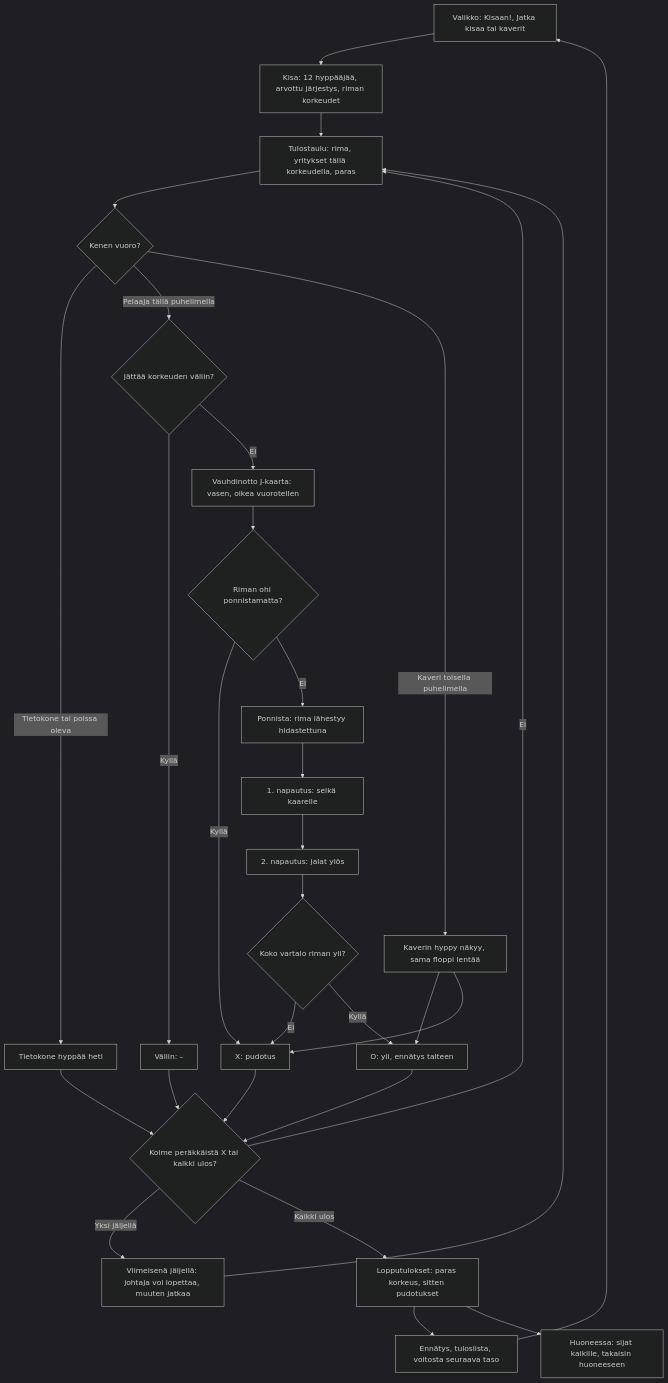
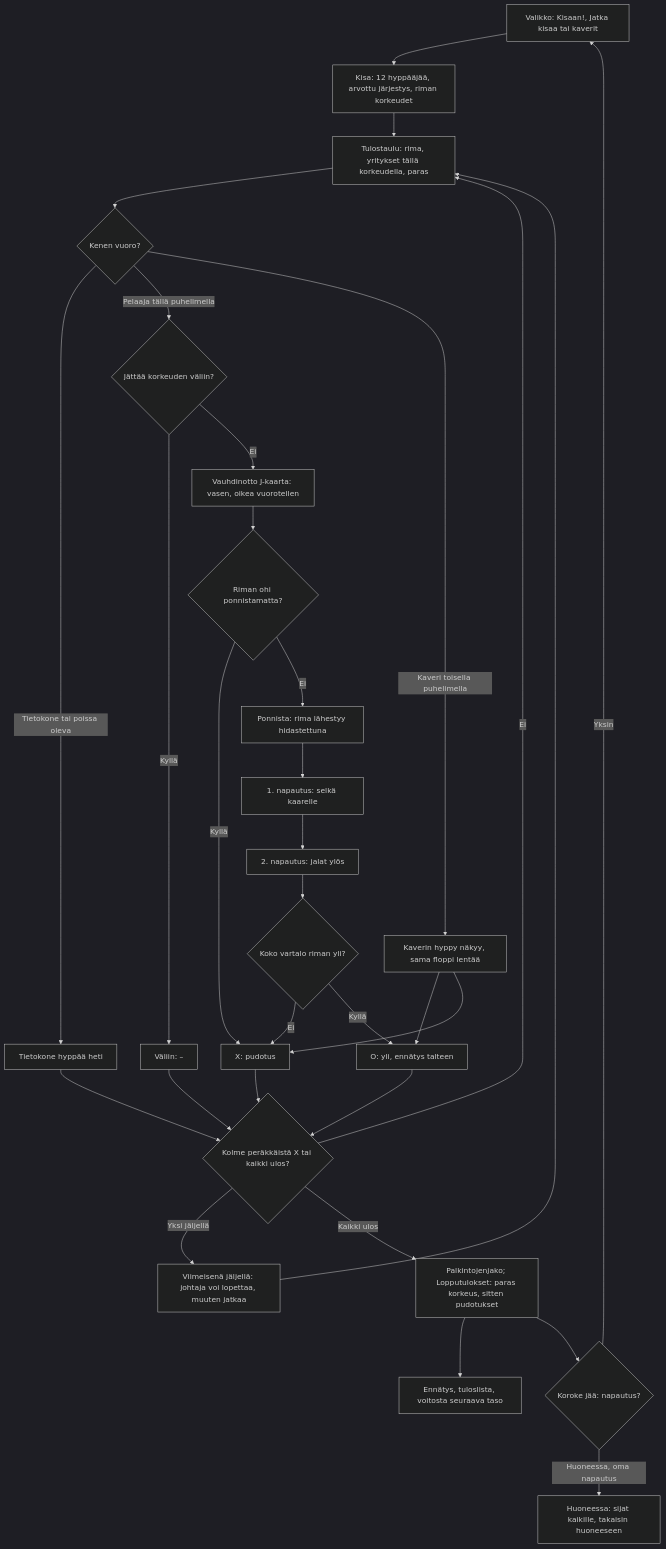
The diagram in docs/diagrams/korkeushyppy.md (eerovil/ai-pelit), drawn with Mermaid (dark theme) before and after one commit. The commit also changed other lines of this file and 3 other files, not shown here.

````diff
--- a/docs/diagrams/korkeushyppy.md
+++ b/docs/diagrams/korkeushyppy.md
@@ -14,38 +14,39 @@
 ```mermaid
 flowchart TD
   M[Valikko: Kisaan!, Jatka kisaa tai kaverit] --> K[Kisa: 12 hyppääjää, arvottu järjestys, riman korkeudet]
   K --> T[Tulostaulu: rima, yritykset tällä korkeudella, paras]
   T --> Q{Kenen vuoro?}
   Q -- Tietokone tai poissa oleva --> CPU[Tietokone hyppää heti]
   CPU --> NX
   Q -- Pelaaja tällä puhelimella --> PS{Jättää korkeuden väliin?}
   Q -- Kaveri toisella puhelimella --> WT[Kaverin hyppy näkyy, sama floppi lentää]
   PS -- Kyllä --> P[Väliin: –]
   PS -- Ei --> R[Vauhdinotto J-kaarta: vasen, oikea vuorotellen]
   R --> RP{Riman ohi ponnistamatta?}
   RP -- Kyllä --> X[X: pudotus]
   RP -- Ei --> J[Ponnista: rima lähestyy hidastettuna]
   J --> A[1. napautus: selkä kaarelle]
   A --> L[2. napautus: jalat ylös]
   L --> C{Koko vartalo riman yli?}
   C -- Ei --> X
   C -- Kyllä --> O[O: yli, ennätys talteen]
   WT --> O
   WT --> X
   O --> NX{Kolme peräkkäistä X tai kaikki ulos?}
   X --> NX
   P --> NX
   NX -- Ei --> T
   NX -- Yksi jäljellä --> GO[Viimeisenä jäljellä: johtaja voi lopettaa, muuten jatkaa]
   GO --> T
-  NX -- Kaikki ulos --> END[Lopputulokset: paras korkeus, sitten pudotukset]
+  NX -- Kaikki ulos --> END[Palkintojenjako; Lopputulokset: paras korkeus, sitten pudotukset]
   END --> S[Ennätys, tuloslista, voitosta seuraava taso]
-  S --> M
-  END --> RM[Huoneessa: sijat kaikille, takaisin huoneeseen]
+  END --> TAP{Koroke jää: napautus?}
+  TAP -- Yksin --> M
+  TAP -- Huoneessa, oma napautus --> RM[Huoneessa: sijat kaikille, takaisin huoneeseen]
   class M,R,J,A,L,T blue
   class CPU,WT violet
-  class Q,PS,RP,C,NX amber
+  class Q,PS,RP,C,NX,TAP amber
   class K,O,P,GO teal
   class X rose
   class END,S,RM green
 ```
````
